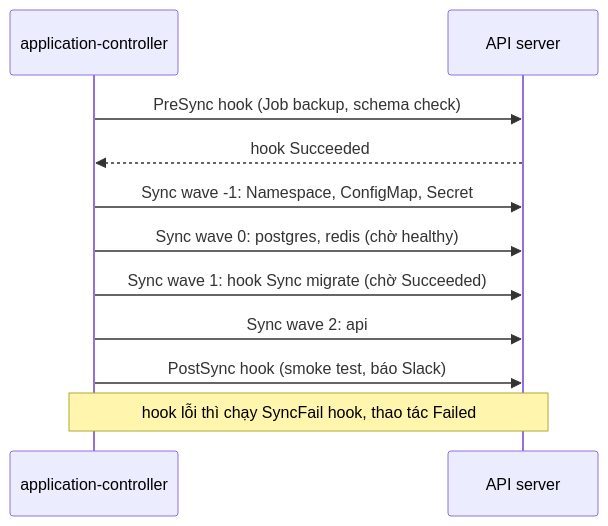
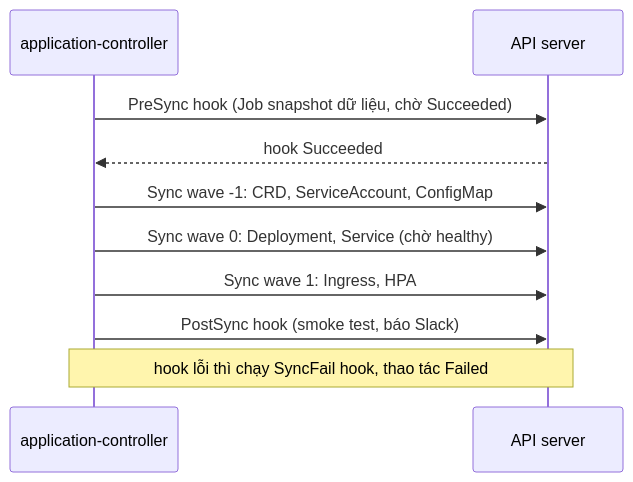
Before and after one commit to Buicongbang04/Learning_Platform: the third of 4 diagrams in tracks/devops/modules/12-gitops-secrets/README.md, drawn with Mermaid. The commit also changed other lines of this file and 10 other files, not shown here.

````diff
--- a/tracks/devops/modules/12-gitops-secrets/README.md
+++ b/tracks/devops/modules/12-gitops-secrets/README.md
@@ -397,13 +397,12 @@
 ```mermaid
 sequenceDiagram
   participant C as application-controller
   participant K as API server
-  C->>K: PreSync hook (Job backup, schema check)
+  C->>K: PreSync hook (Job snapshot dữ liệu, chờ Succeeded)
   K-->>C: hook Succeeded
-  C->>K: Sync wave -1: Namespace, ConfigMap, Secret
-  C->>K: Sync wave 0: postgres, redis (chờ healthy)
-  C->>K: Sync wave 1: hook Sync migrate (chờ Succeeded)
-  C->>K: Sync wave 2: api
+  C->>K: Sync wave -1: CRD, ServiceAccount, ConfigMap
+  C->>K: Sync wave 0: Deployment, Service (chờ healthy)
+  C->>K: Sync wave 1: Ingress, HPA
   C->>K: PostSync hook (smoke test, báo Slack)
   Note over C,K: hook lỗi thì chạy SyncFail hook, thao tác Failed
 ```
````
